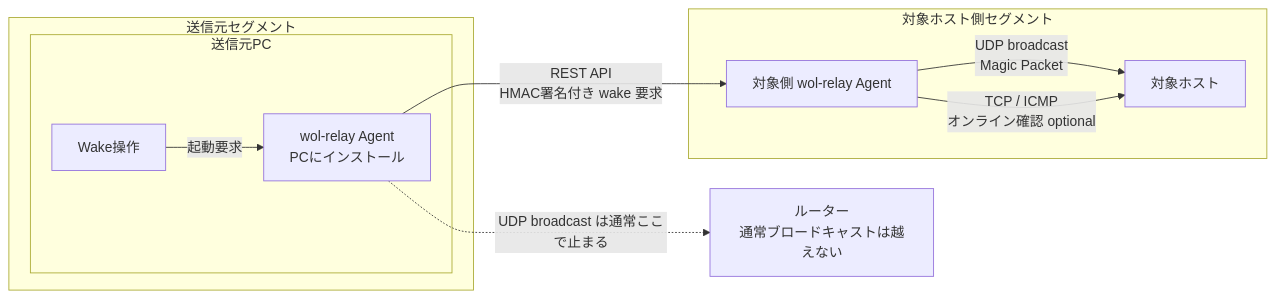
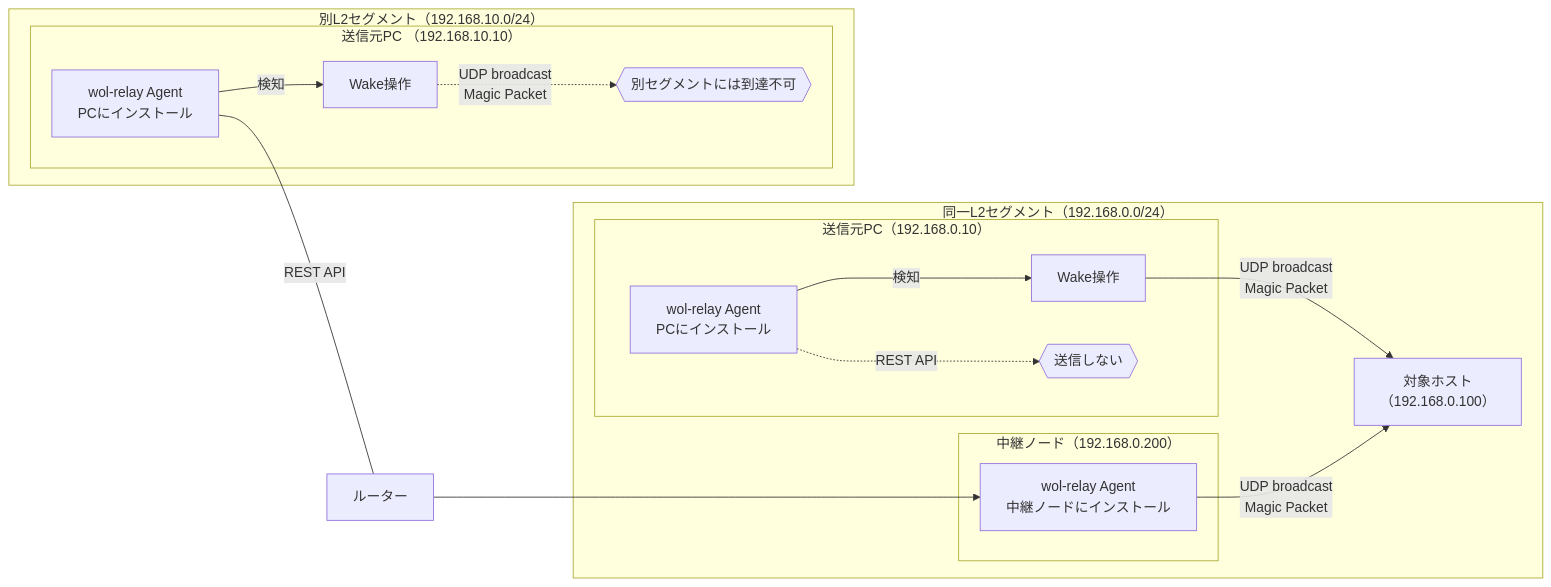
Before and after one commit to miutaku/wol-relay: the second of 3 diagrams in README.md, drawn with Mermaid. The commit also changed other lines of this file, not shown here.

Commit message:
docs: READMEのWake on LANの説明を改善し、図を更新

````diff
--- a/README.md
+++ b/README.md
@@ -43,22 +61,29 @@
 ```mermaid
 flowchart LR
-  subgraph segmentSource["送信元セグメント"]
-    subgraph sourcePC["送信元PC"]
+  subgraph segmentA["同一L2セグメント（192.168.0.0/24）"]
+    subgraph pcA["送信元PC（192.168.0.10）"]
+      senderA["Wake操作"]
+      agentA["wol-relay Agent<br/>PCにインストール"]
+      agentA_Skip{{"送信しない"}}
+    end
+    targetA["対象ホスト<br/>（192.168.0.100）"]
+    subgraph relayNode["中継ノード（192.168.0.200）"]
+      relayAgentA["wol-relay Agent<br/>中継ノードにインストール"]
+      end
+    end
+  router["ルーター"]
+  subgraph segmentB["別L2セグメント（192.168.10.0/24）"]
+    subgraph pcB["送信元PC （192.168.10.10）"]
       senderB["Wake操作"]
-      sourceAgent["wol-relay Agent<br/>PCにインストール"]
+      agentB["wol-relay Agent<br/>PCにインストール"]
+      senderB_Ignore{{"別セグメントには到達不可"}}
     end
   end
 
-  router["ルーター<br/>通常ブロードキャストは越えない"]
-
-  subgraph segmentTarget["対象ホスト側セグメント"]
-    targetAgent["対象側 wol-relay Agent"]
-    targetB["対象ホスト"]
-  end
-
-  senderB -- "起動要求" --> sourceAgent
-  sourceAgent -. "UDP broadcast は通常ここで止まる" .-> router
-  sourceAgent -- "REST API<br/>HMAC署名付き wake 要求" --> targetAgent
-  targetAgent -- "UDP broadcast<br/>Magic Packet" --> targetB
-  targetAgent -- "TCP / ICMP<br/>オンライン確認 optional" --> targetB
+  agentA -- "検知" --> senderA
+  senderA -- "UDP broadcast<br/>Magic Packet" --> targetA
+  agentA -. "REST API" .-> agentA_Skip
+  agentB -- "REST API" --- router ---> relayAgentA --"UDP broadcast<br/>Magic Packet"--> targetA
+  agentB -- "検知" --> senderB
+  senderB -. "UDP broadcast<br/>Magic Packet" .-> senderB_Ignore
 ```
````
